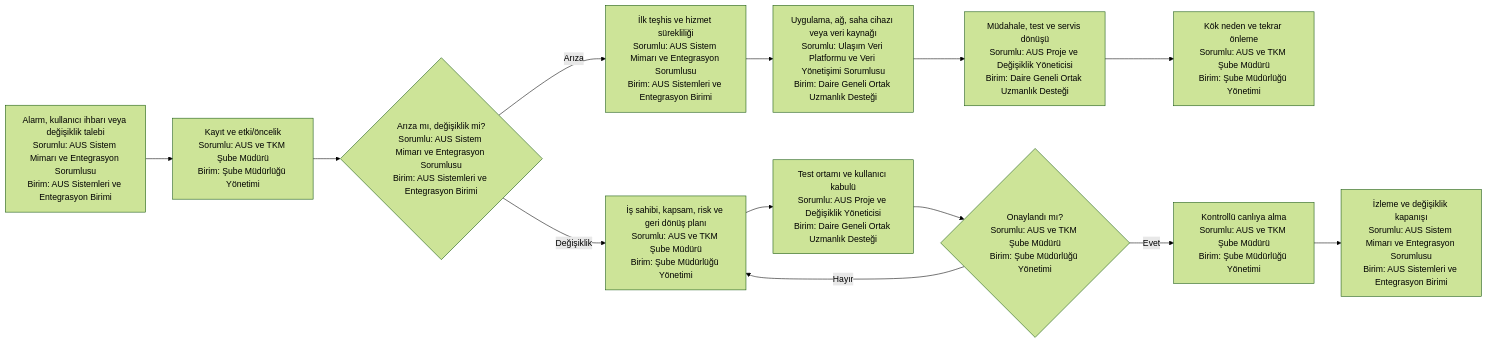
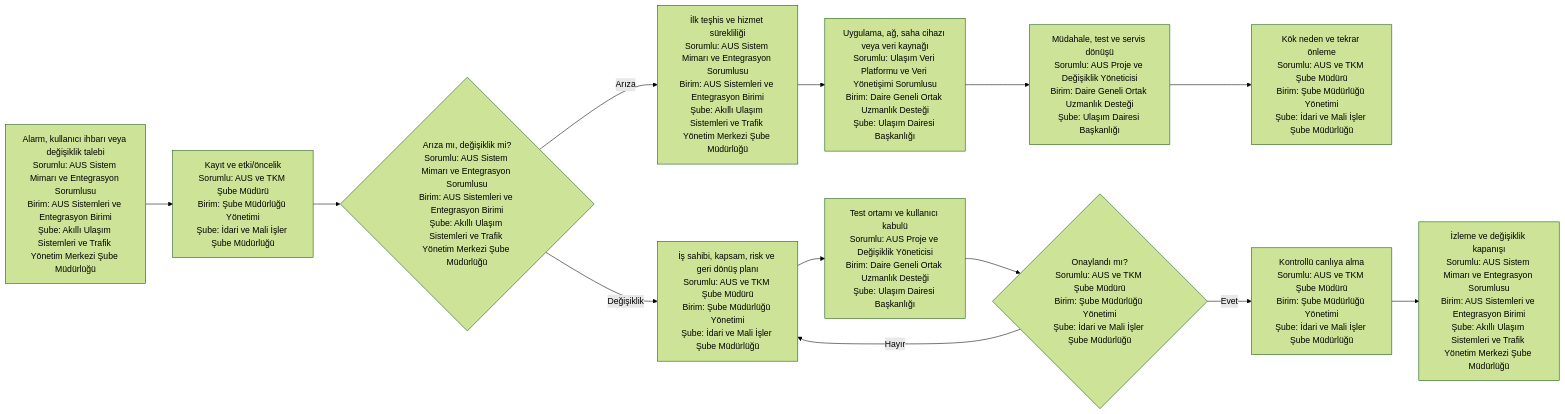
One commit to merdaergen-create/Ulasim_Dairesi_Is_Analizi changed the fifth of 5 diagrams in 15_yalin_surec_haritalari/akilli_ulasim/README.md. Above: the diagram before and after it, drawn with Mermaid (forest theme). The commit also changed other lines of this file and 20 other files, not shown here.

````diff
--- a/15_yalin_surec_haritalari/akilli_ulasim/README.md
+++ b/15_yalin_surec_haritalari/akilli_ulasim/README.md
@@ -145,15 +165,15 @@
 ```mermaid
 flowchart LR
-    A[Alarm, kullanıcı ihbarı veya değişiklik talebi<br/>Sorumlu: AUS Sistem Mimarı ve Entegrasyon Sorumlusu<br/>Birim: AUS Sistemleri ve Entegrasyon Birimi] --> B[Kayıt ve etki/öncelik<br/>Sorumlu: AUS ve TKM Şube Müdürü<br/>Birim: Şube Müdürlüğü Yönetimi]
-    B --> C{Arıza mı, değişiklik mi?<br/>Sorumlu: AUS Sistem Mimarı ve Entegrasyon Sorumlusu<br/>Birim: AUS Sistemleri ve Entegrasyon Birimi}
-    C -- Arıza --> D[İlk teşhis ve hizmet sürekliliği<br/>Sorumlu: AUS Sistem Mimarı ve Entegrasyon Sorumlusu<br/>Birim: AUS Sistemleri ve Entegrasyon Birimi]
-    D --> E[Uygulama, ağ, saha cihazı veya veri kaynağı<br/>Sorumlu: Ulaşım Veri Platformu ve Veri Yönetişimi Sorumlusu<br/>Birim: Daire Geneli Ortak Uzmanlık Desteği]
-    E --> F[Müdahale, test ve servis dönüşü<br/>Sorumlu: AUS Proje ve Değişiklik Yöneticisi<br/>Birim: Daire Geneli Ortak Uzmanlık Desteği]
-    F --> G[Kök neden ve tekrar önleme<br/>Sorumlu: AUS ve TKM Şube Müdürü<br/>Birim: Şube Müdürlüğü Yönetimi]
-    C -- Değişiklik --> H[İş sahibi, kapsam, risk ve geri dönüş planı<br/>Sorumlu: AUS ve TKM Şube Müdürü<br/>Birim: Şube Müdürlüğü Yönetimi]
-    H --> I[Test ortamı ve kullanıcı kabulü<br/>Sorumlu: AUS Proje ve Değişiklik Yöneticisi<br/>Birim: Daire Geneli Ortak Uzmanlık Desteği]
-    I --> J{Onaylandı mı?<br/>Sorumlu: AUS ve TKM Şube Müdürü<br/>Birim: Şube Müdürlüğü Yönetimi}
+    A[Alarm, kullanıcı ihbarı veya değişiklik talebi<br/>Sorumlu: AUS Sistem Mimarı ve Entegrasyon Sorumlusu<br/>Birim: AUS Sistemleri ve Entegrasyon Birimi<br/>Şube: Akıllı Ulaşım Sistemleri ve Trafik Yönetim Merkezi Şube Müdürlüğü] --> B[Kayıt ve etki/öncelik<br/>Sorumlu: AUS ve TKM Şube Müdürü<br/>Birim: Şube Müdürlüğü Yönetimi<br/>Şube: İdari ve Mali İşler Şube Müdürlüğü]
+    B --> C{Arıza mı, değişiklik mi?<br/>Sorumlu: AUS Sistem Mimarı ve Entegrasyon Sorumlusu<br/>Birim: AUS Sistemleri ve Entegrasyon Birimi<br/>Şube: Akıllı Ulaşım Sistemleri ve Trafik Yönetim Merkezi Şube Müdürlüğü}
+    C -- Arıza --> D[İlk teşhis ve hizmet sürekliliği<br/>Sorumlu: AUS Sistem Mimarı ve Entegrasyon Sorumlusu<br/>Birim: AUS Sistemleri ve Entegrasyon Birimi<br/>Şube: Akıllı Ulaşım Sistemleri ve Trafik Yönetim Merkezi Şube Müdürlüğü]
+    D --> E[Uygulama, ağ, saha cihazı veya veri kaynağı<br/>Sorumlu: Ulaşım Veri Platformu ve Veri Yönetişimi Sorumlusu<br/>Birim: Daire Geneli Ortak Uzmanlık Desteği<br/>Şube: Ulaşım Dairesi Başkanlığı]
+    E --> F[Müdahale, test ve servis dönüşü<br/>Sorumlu: AUS Proje ve Değişiklik Yöneticisi<br/>Birim: Daire Geneli Ortak Uzmanlık Desteği<br/>Şube: Ulaşım Dairesi Başkanlığı]
+    F --> G[Kök neden ve tekrar önleme<br/>Sorumlu: AUS ve TKM Şube Müdürü<br/>Birim: Şube Müdürlüğü Yönetimi<br/>Şube: İdari ve Mali İşler Şube Müdürlüğü]
+    C -- Değişiklik --> H[İş sahibi, kapsam, risk ve geri dönüş planı<br/>Sorumlu: AUS ve TKM Şube Müdürü<br/>Birim: Şube Müdürlüğü Yönetimi<br/>Şube: İdari ve Mali İşler Şube Müdürlüğü]
+    H --> I[Test ortamı ve kullanıcı kabulü<br/>Sorumlu: AUS Proje ve Değişiklik Yöneticisi<br/>Birim: Daire Geneli Ortak Uzmanlık Desteği<br/>Şube: Ulaşım Dairesi Başkanlığı]
+    I --> J{Onaylandı mı?<br/>Sorumlu: AUS ve TKM Şube Müdürü<br/>Birim: Şube Müdürlüğü Yönetimi<br/>Şube: İdari ve Mali İşler Şube Müdürlüğü}
     J -- Hayır --> H
-    J -- Evet --> K[Kontrollü canlıya alma<br/>Sorumlu: AUS ve TKM Şube Müdürü<br/>Birim: Şube Müdürlüğü Yönetimi]
-    K --> L[İzleme ve değişiklik kapanışı<br/>Sorumlu: AUS Sistem Mimarı ve Entegrasyon Sorumlusu<br/>Birim: AUS Sistemleri ve Entegrasyon Birimi]
+    J -- Evet --> K[Kontrollü canlıya alma<br/>Sorumlu: AUS ve TKM Şube Müdürü<br/>Birim: Şube Müdürlüğü Yönetimi<br/>Şube: İdari ve Mali İşler Şube Müdürlüğü]
+    K --> L[İzleme ve değişiklik kapanışı<br/>Sorumlu: AUS Sistem Mimarı ve Entegrasyon Sorumlusu<br/>Birim: AUS Sistemleri ve Entegrasyon Birimi<br/>Şube: Akıllı Ulaşım Sistemleri ve Trafik Yönetim Merkezi Şube Müdürlüğü]
 ```
````
